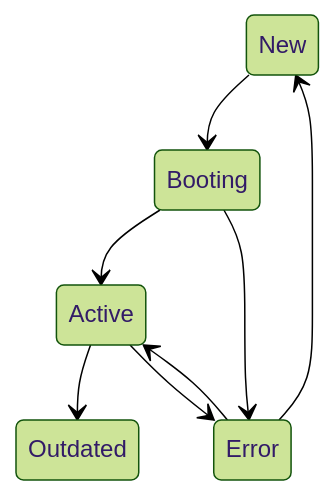
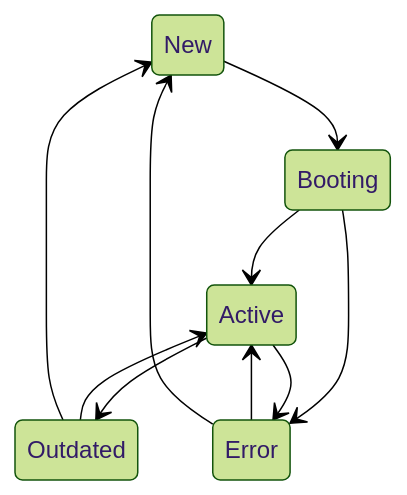
Before and after one commit to patchlevel/event-sourcing: the diagram in docs/pages/projectionist.md, drawn with Mermaid (forest theme). The commit also changed other lines of this file and 2 other files, not shown here.

````diff
--- a/docs/pages/projectionist.md
+++ b/docs/pages/projectionist.md
@@ -124,10 +124,12 @@
 ``` mermaid
 stateDiagram-v2
     New --> Booting
     Booting --> Active
     Booting --> Error
     Active --> Outdated
     Active --> Error
     Error --> Active
     Error --> New
+    Outdated --> Active
+    Outdated --> New
 ```
````
